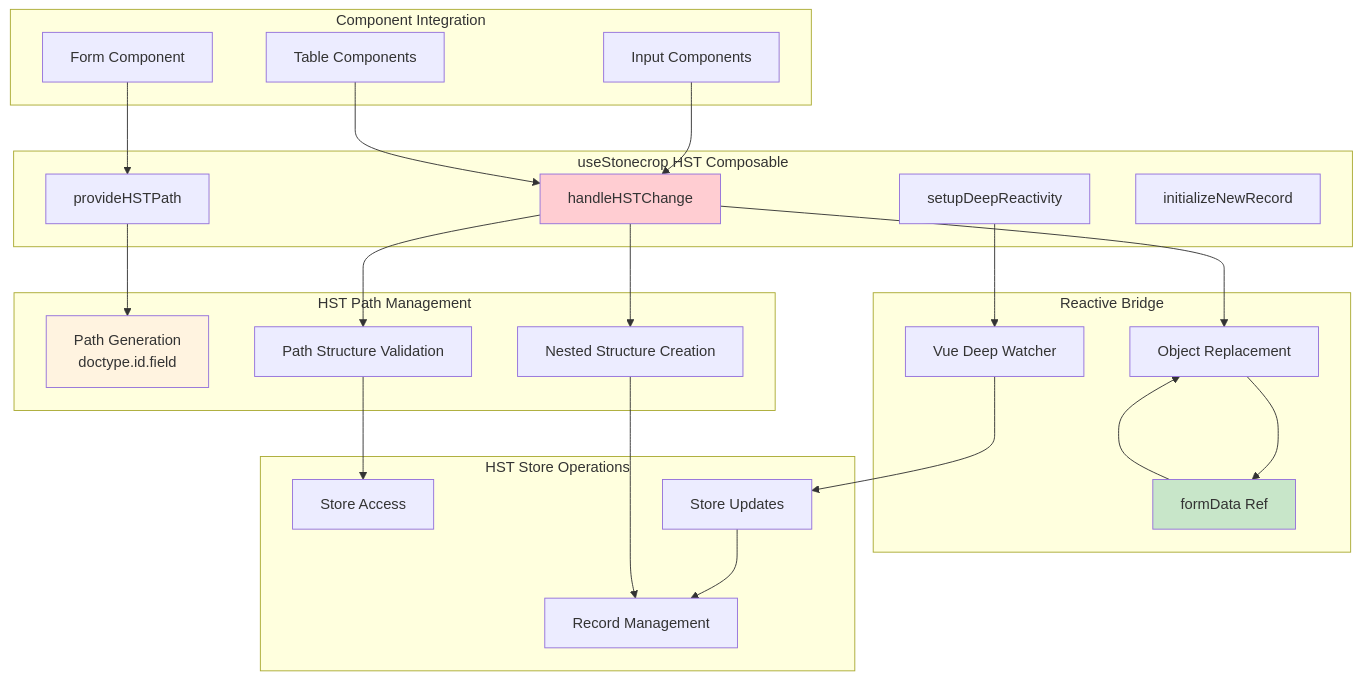
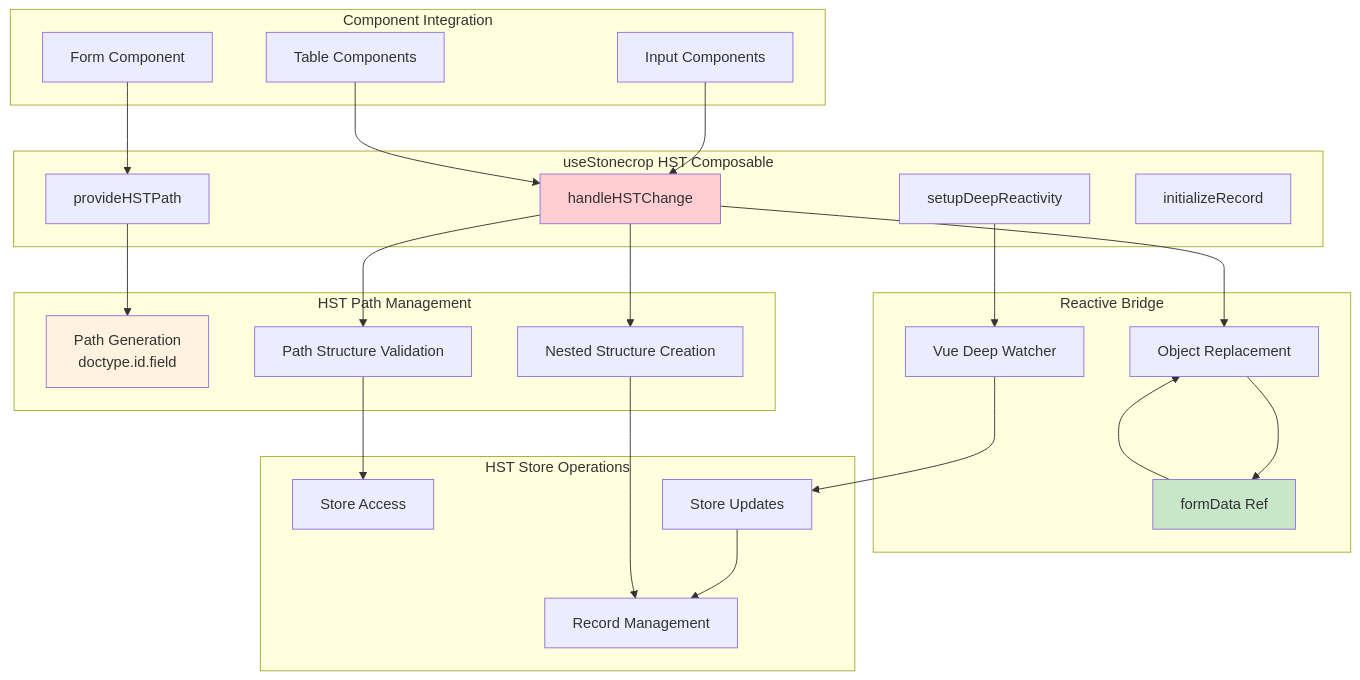
One commit to agritheory/stonecrop changed the second of 6 diagrams in stonecrop/docs/hst/architecture.md. Above: the diagram before and after it, drawn with Mermaid. The commit also changed other lines of this file and 20 other files, not shown here.

````diff
--- a/stonecrop/docs/hst/architecture.md
+++ b/stonecrop/docs/hst/architecture.md
@@ -51,56 +51,56 @@
 ```mermaid
 graph TB
     subgraph "Component Integration"
         FC[Form Component]
         IC[Input Components]
         TC[Table Components]
     end
 
     subgraph "useStonecrop HST Composable"
         PHST[provideHSTPath]
         HHST[handleHSTChange]
         SDUP[setupDeepReactivity]
-        INR[initializeNewRecord]
+        INR[initializeRecord]
     end
 
     subgraph "HST Path Management"
         PG[Path Generation<br/>doctype.id.field]
         PS[Path Structure Validation]
         NS[Nested Structure Creation]
     end
 
     subgraph "Reactive Bridge"
         FDR[formData Ref]
         VW[Vue Deep Watcher]
         OR[Object Replacement]
     end
 
     subgraph "HST Store Operations"
         SA[Store Access]
         SU[Store Updates]
         REC[Record Management]
     end
 
     FC --> PHST
     IC --> HHST
     TC --> HHST
 
     PHST --> PG
     HHST --> PS
     HHST --> NS
     HHST --> OR
 
     SDUP --> VW
     VW --> SU
 
     FDR --> OR
     OR --> FDR
 
     PS --> SA
     SU --> REC
     NS --> REC
 
     style HHST fill:#ffcdd2
     style FDR fill:#c8e6c9
     style PG fill:#fff3e0
 ```
````
